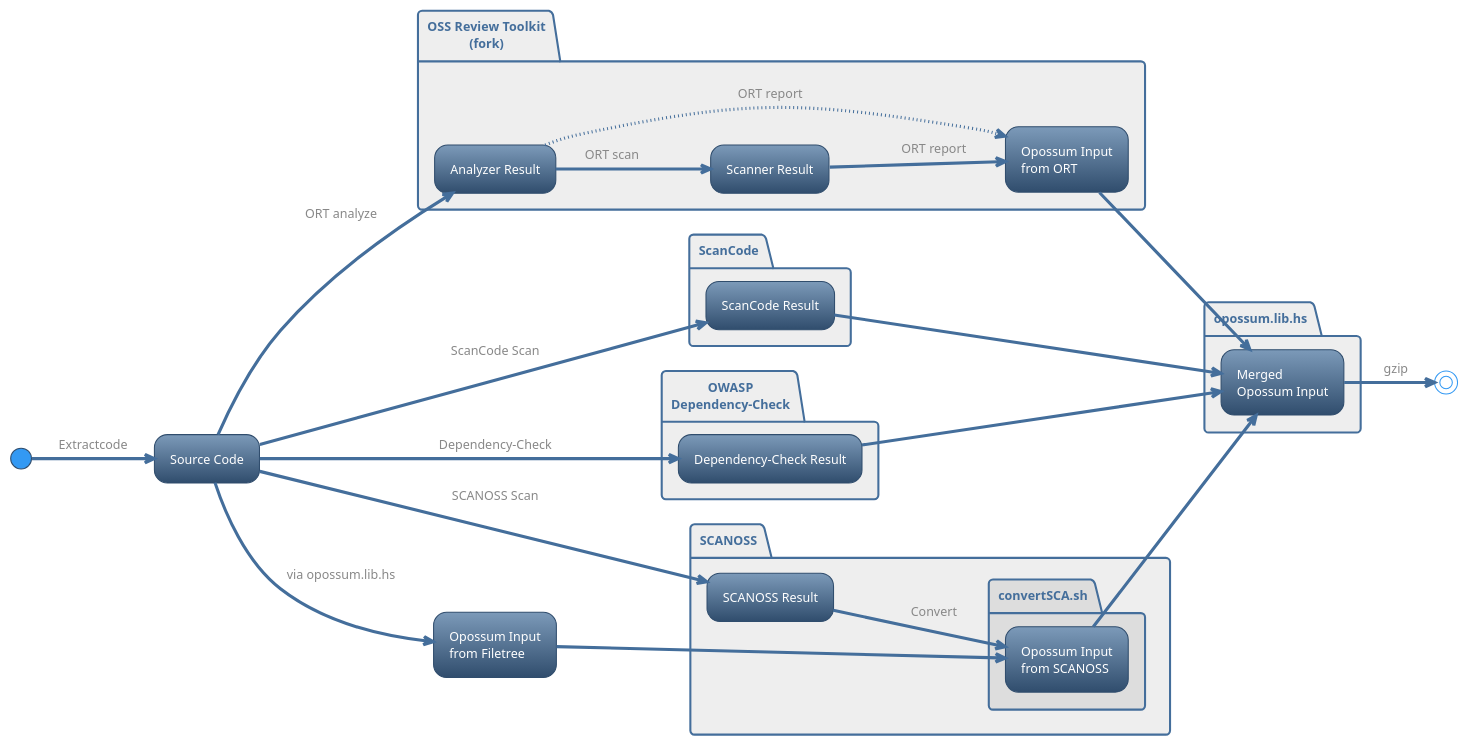
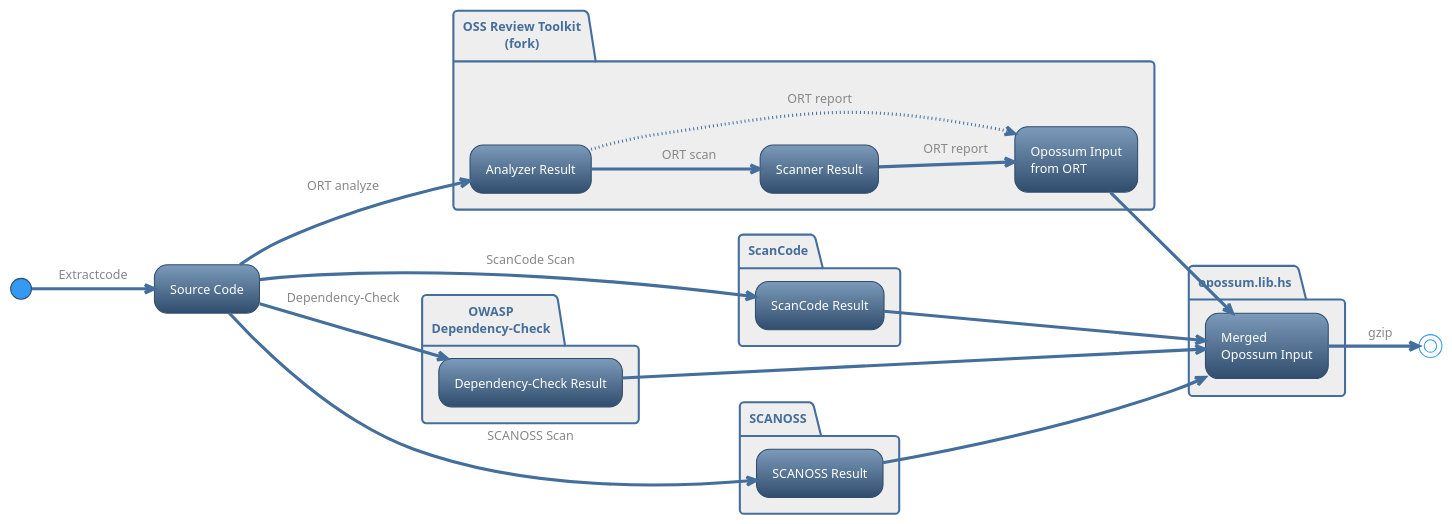
The diagram in README.puml (opossum-tool/aioc), drawn with PlantUML before and after one commit. The commit also changed 1 other file, not shown here.

```diff
--- a/README.puml
+++ b/README.puml
@@ -5,45 +5,40 @@
 @startuml
 
 left to right direction
 
 !theme spacelab
 skinparam ArrowFontColor #888888
 
 (*) -->[Extractcode] "Source Code"
-"Source Code" -->[via opossum.lib.hs] "Opossum Input\nfrom Filetree"
 
 partition "OSS Review Toolkit\n(fork)" #eeeeee {
     "Source Code" -->[ORT analyze] "Analyzer Result"
     "Analyzer Result" -->[ORT scan] "Scanner Result"
     "Analyzer Result" ...>[ORT report] "Opossum Input\nfrom ORT"
     "Scanner Result" -->[ORT report] "Opossum Input\nfrom ORT"
 }
 
 partition ScanCode #eeeeee {
     "Source Code" -->[ScanCode Scan] "ScanCode Result"
 }
 
 partition "OWASP\nDependency-Check" #eeeeee {
     "Source Code" -->[Dependency-Check] "Dependency-Check Result"
 }
 
 partition SCANOSS #eeeeee {
     "Source Code" --->[SCANOSS Scan] "SCANOSS Result"
-    partition convertSCA.sh #dddddd {
-        "Opossum Input\nfrom Filetree" --> "Opossum Input\nfrom SCANOSS"
-        "SCANOSS Result" -->[Convert] "Opossum Input\nfrom SCANOSS"
-    }
 }
 
 partition opossum.lib.hs #eeeeee {
     ' "ScanCode Result" ..> "Opossum Input\nfrom ScanCode"
     ' "Opossum Input\nfrom ScanCode" ..> "Merged\nOpossum Input"
     "Opossum Input\nfrom ORT" --> "Merged\nOpossum Input"
     "ScanCode Result" ---> "Merged\nOpossum Input"
-    "Opossum Input\nfrom SCANOSS" --> "Merged\nOpossum Input"
+    "SCANOSS Result" --> "Merged\nOpossum Input"
     "Dependency-Check Result" ---> "Merged\nOpossum Input"
 }
 
 "Merged\nOpossum Input" -->[gzip] (*)
 
 @enduml
```
